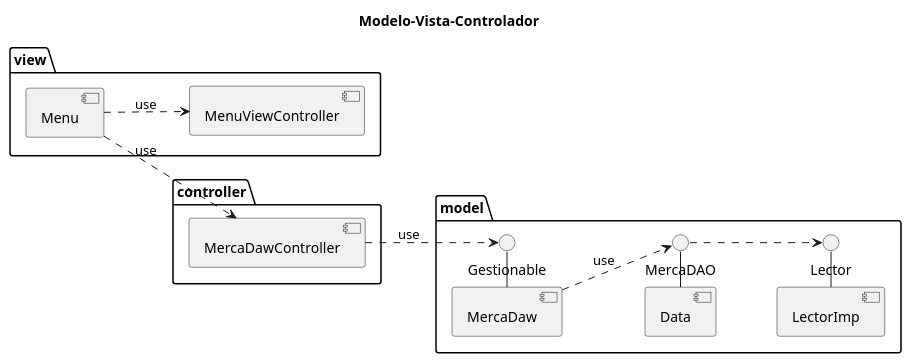
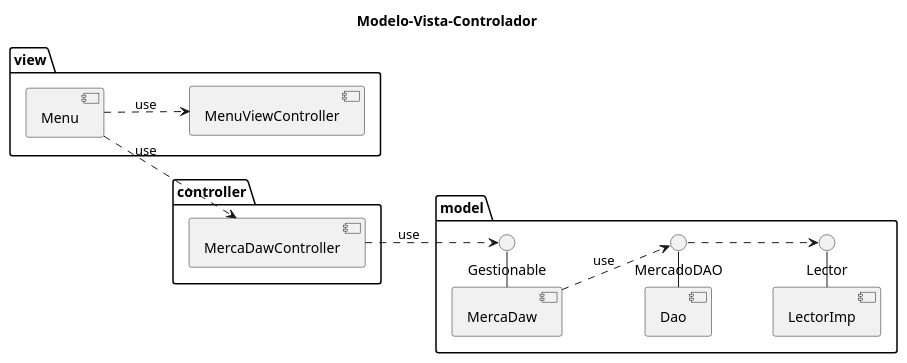
Before and after one commit to Edsonbs/MercaDAW: the diagram in design/DiagramaComponentes.pu, drawn with PlantUML. The commit also changed 1 other file, not shown here.

Commit message:
diseño clases dao casi acabado

```diff
--- a/design/DiagramaComponentes.pu
+++ b/design/DiagramaComponentes.pu
@@ -1,35 +1,35 @@
 @startuml Modelo-Vista-Controlador
 title Modelo-Vista-Controlador
 left to right direction
 package view{
     component MenuViewController as mvc
     component Menu as mv
 }
 
 package controller{
     component MercaDawController as mdc
 }
 
 package model{
     component MercaDaw
-    component Data 
+    component Dao 
     component LectorImp
 
-    () "MercaDAO" as dao
+    () "MercadoDAO" as dao
     () "Gestionable" as gestion
     () "Lector" as lectorif
 
     MercaDaw -() gestion
-    Data -() dao
+    Dao -() dao
     LectorImp -() lectorif
 
 }
 
 mdc ..> gestion : use
 MercaDaw ..> dao : use
 
     mv ..> mvc : use
     mv ..> mdc: use
 dao ..> lectorif
 
 @enduml
```
